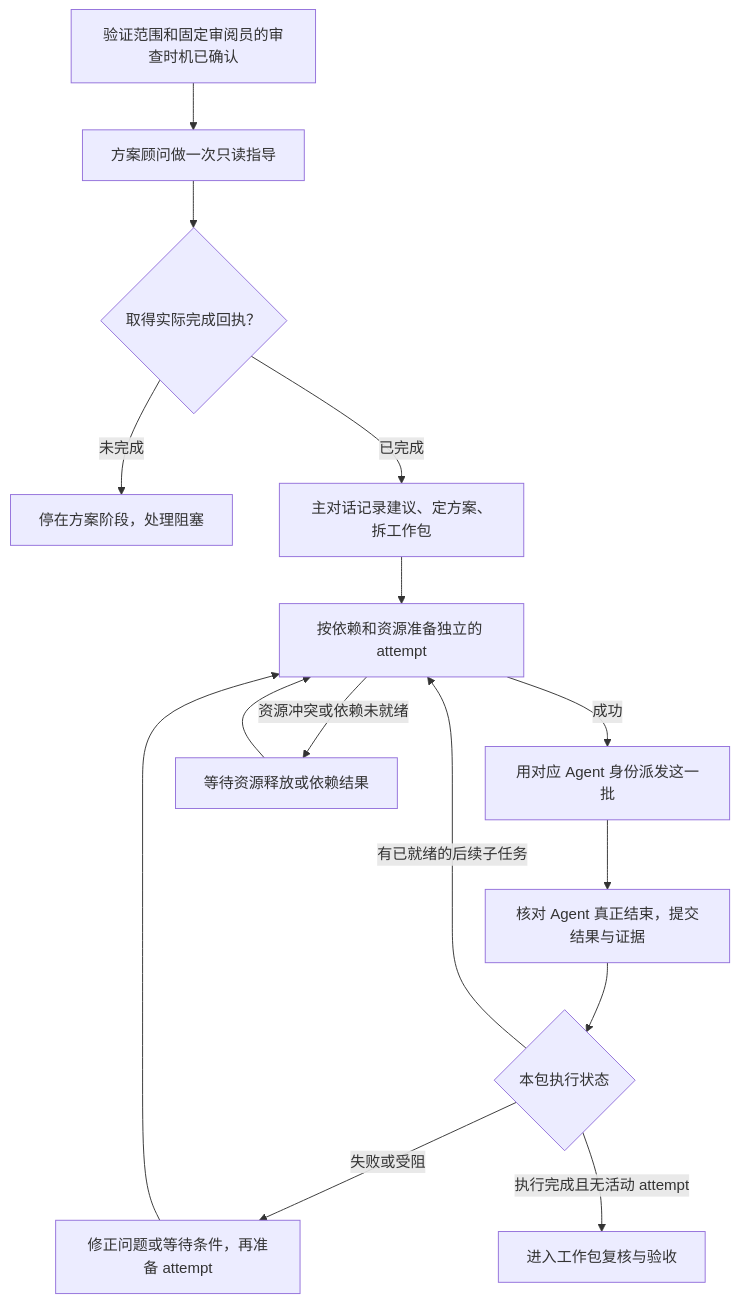
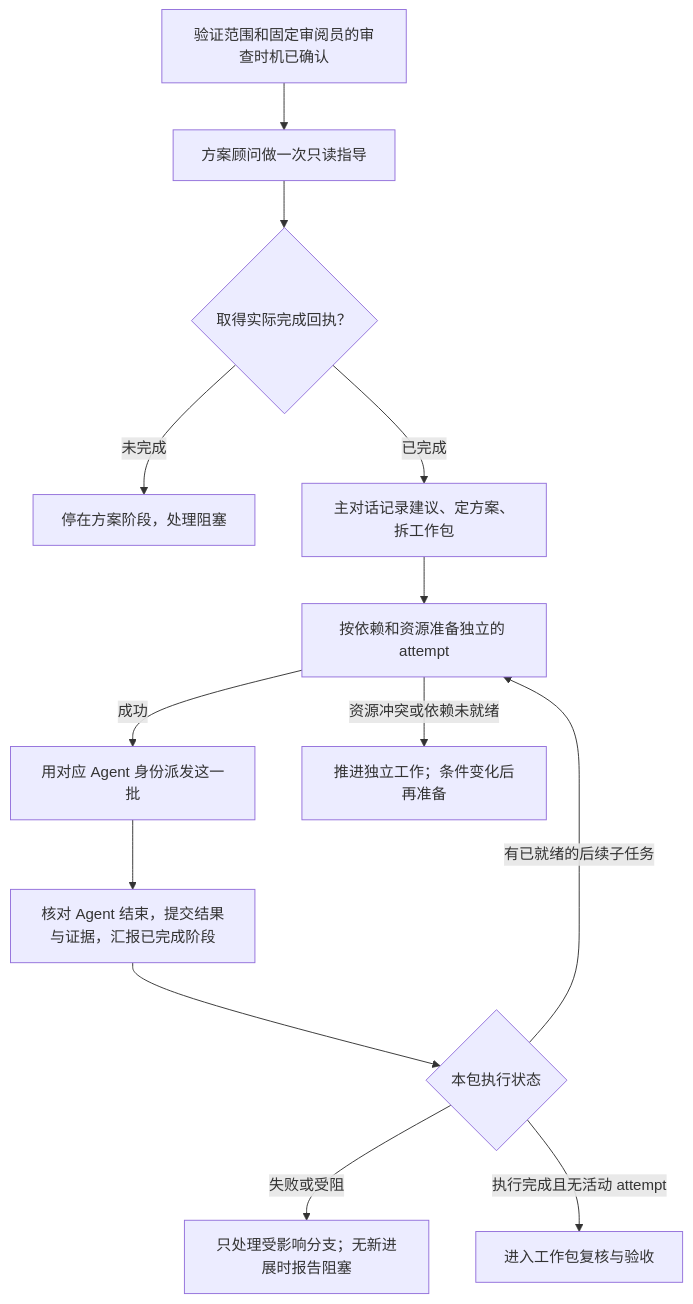
One commit to jinsc123654/single-conversation-subagent-skill changed the second of 4 diagrams in README.md. Above: the diagram before and after it, drawn with Mermaid. The commit also changed other lines of this file and 23 other files, not shown here.

````diff
--- a/README.md
+++ b/README.md
@@ -44,15 +44,15 @@
 ```mermaid
 flowchart TD
   Intake["验证范围和固定审阅员的审查时机已确认"] --> Advisor["方案顾问做一次只读指导"]
   Advisor --> Advice{"取得实际完成回执？"}
   Advice -->|未完成| AdviceBlocked["停在方案阶段，处理阻塞"]
   Advice -->|已完成| Plan["主对话记录建议、定方案、拆工作包"]
   Plan --> Prepare["按依赖和资源准备独立的 attempt"]
   Prepare -->|成功| Dispatch["用对应 Agent 身份派发这一批"]
-  Prepare -->|资源冲突或依赖未就绪| Hold["等待资源释放或依赖结果"] --> Prepare
-  Dispatch --> Report["核对 Agent 真正结束，提交结果与证据"]
+  Prepare -->|资源冲突或依赖未就绪| Hold["推进独立工作；条件变化后再准备"]
+  Dispatch --> Report["核对 Agent 结束，提交结果与证据，汇报已完成阶段"]
   Report --> Next{"本包执行状态"}
   Next -->|有已就绪的后续子任务| Prepare
-  Next -->|失败或受阻| Fix["修正问题或等待条件，再准备 attempt"] --> Prepare
+  Next -->|失败或受阻| Fix["只处理受影响分支；无新进展时报告阻塞"]
   Next -->|执行完成且无活动 attempt| Review["进入工作包复核与验收"]
 ```
````
